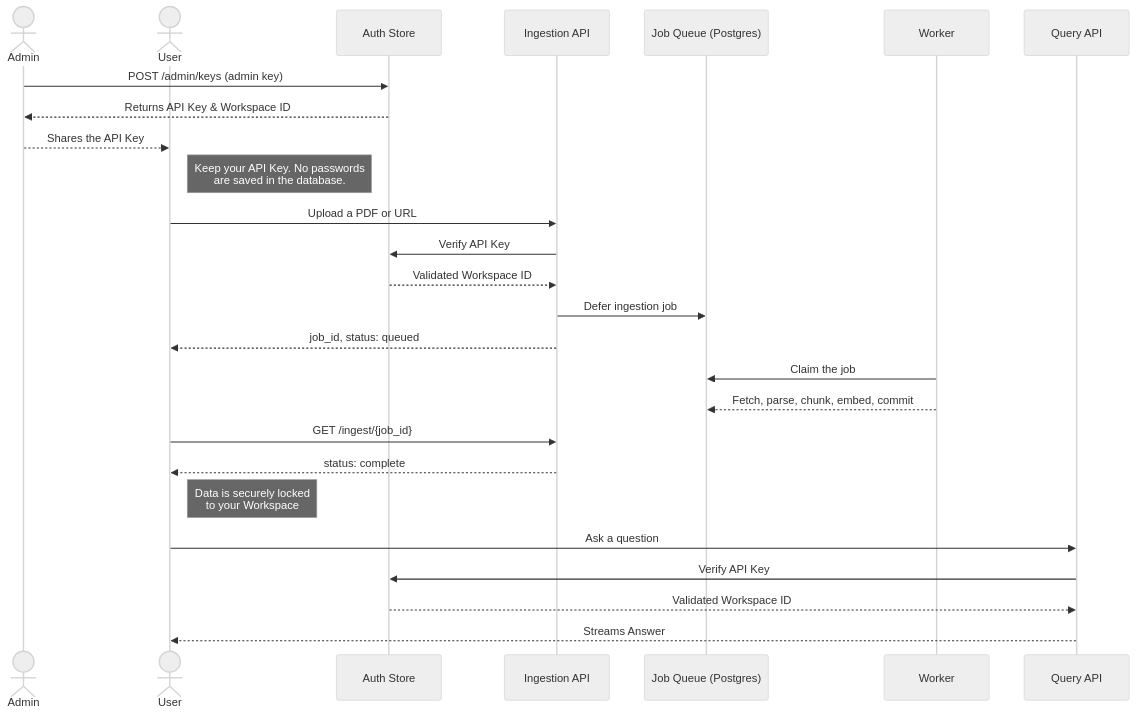
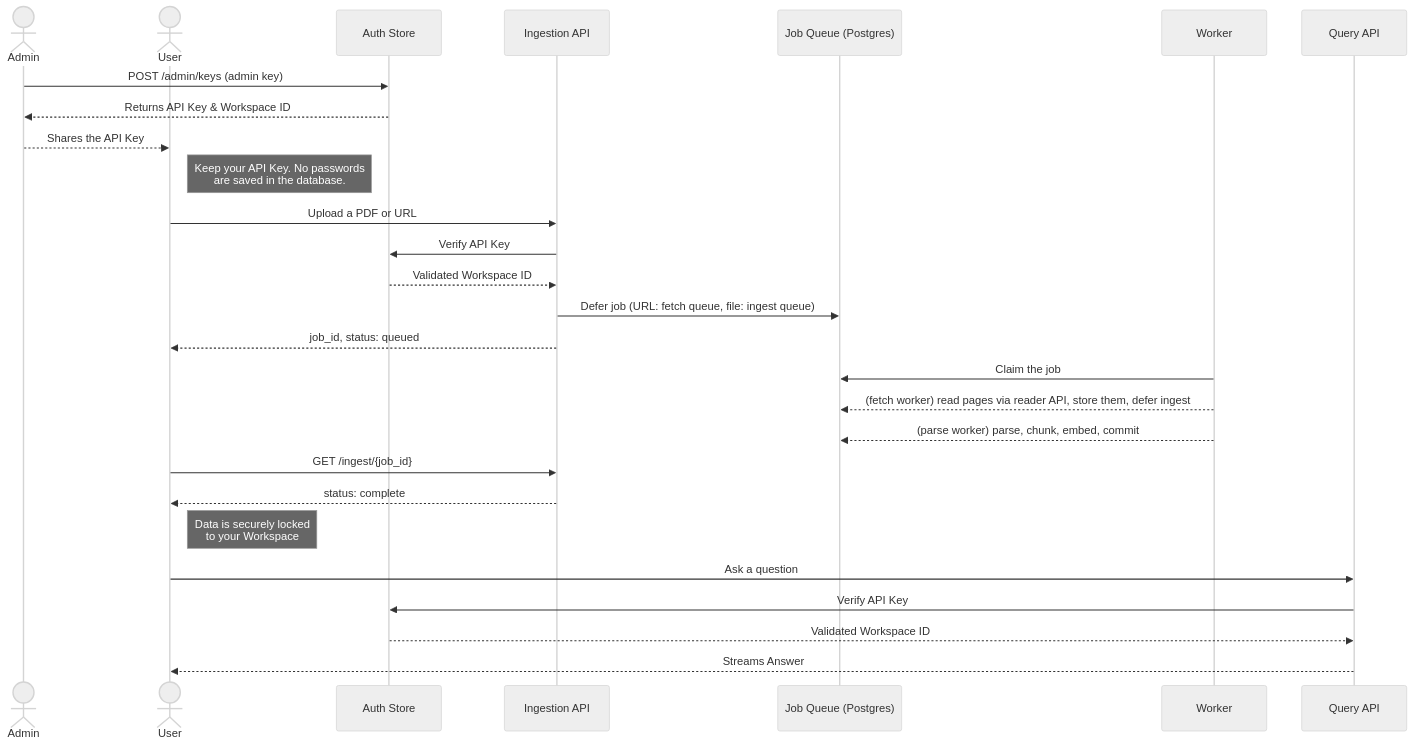
One commit to rudrabaru/nexus-rag changed the first of 4 diagrams in README.md. Above: the diagram before and after it, drawn with Mermaid (neutral theme). The commit also changed other lines of this file and 88 other files, not shown here.

````diff
--- a/README.md
+++ b/README.md
@@ -114,34 +118,35 @@
 ```mermaid
 sequenceDiagram
     actor Admin
     actor User
     participant Auth as Auth Store
     participant Ingest as Ingestion API
     participant Queue as Job Queue (Postgres)
     participant Worker
     participant Query as Query API
 
     %% Key provisioning (admin only; there is no open sign-up)
     Admin->>Auth: POST /admin/keys (admin key)
     Auth-->>Admin: Returns API Key & Workspace ID
     Admin-->>User: Shares the API Key
     Note right of User: Keep your API Key. No passwords<br/>are saved in the database.
 
     %% Ingestion: the API only validates and queues
     User->>Ingest: Upload a PDF or URL
     Ingest->>Auth: Verify API Key
     Auth-->>Ingest: Validated Workspace ID
-    Ingest->>Queue: Defer ingestion job
+    Ingest->>Queue: Defer job (URL: fetch queue, file: ingest queue)
     Ingest-->>User: job_id, status: queued
     Worker->>Queue: Claim the job
-    Worker-->>Queue: Fetch, parse, chunk, embed, commit
+    Worker-->>Queue: (fetch worker) read pages via reader API, store them, defer ingest
+    Worker-->>Queue: (parse worker) parse, chunk, embed, commit
     User->>Ingest: GET /ingest/{job_id}
     Ingest-->>User: status: complete
     Note right of User: Data is securely locked<br/>to your Workspace
 
     %% Querying
     User->>Query: Ask a question
     Query->>Auth: Verify API Key
     Auth-->>Query: Validated Workspace ID
     Query-->>User: Streams Answer
 ```
````
